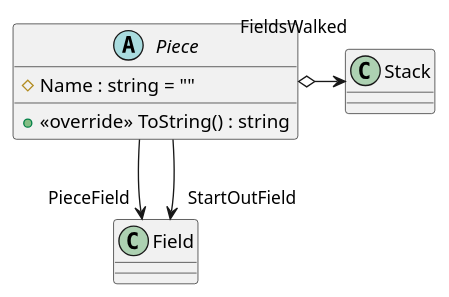
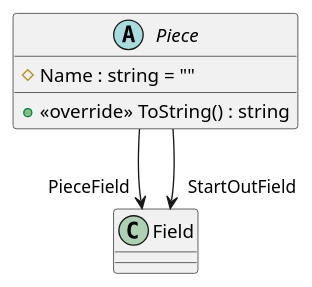
Before and after one commit to Evert-Arends/barricadegameModel3: the diagram in Barricade/Models/Piece.puml, drawn with PlantUML. The commit also changed 16 other files, not shown here.

```diff
--- a/Barricade/Models/Piece.puml
+++ b/Barricade/Models/Piece.puml
@@ -1,9 +1,8 @@
 @startuml
 abstract class Piece {
     # Name : string = ""
     + <<override>> ToString() : string
 }
 Piece --> "PieceField" Field
 Piece --> "StartOutField" Field
-Piece o-> "FieldsWalked" Stack
 @enduml
```
